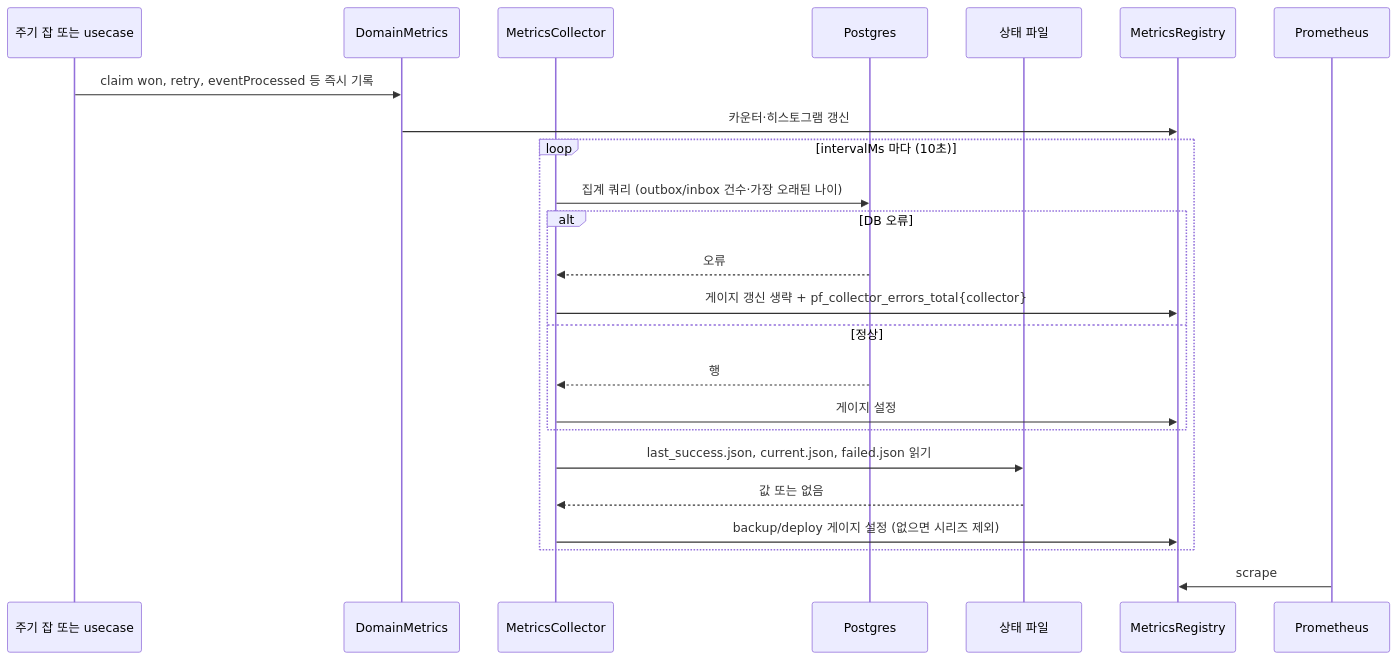
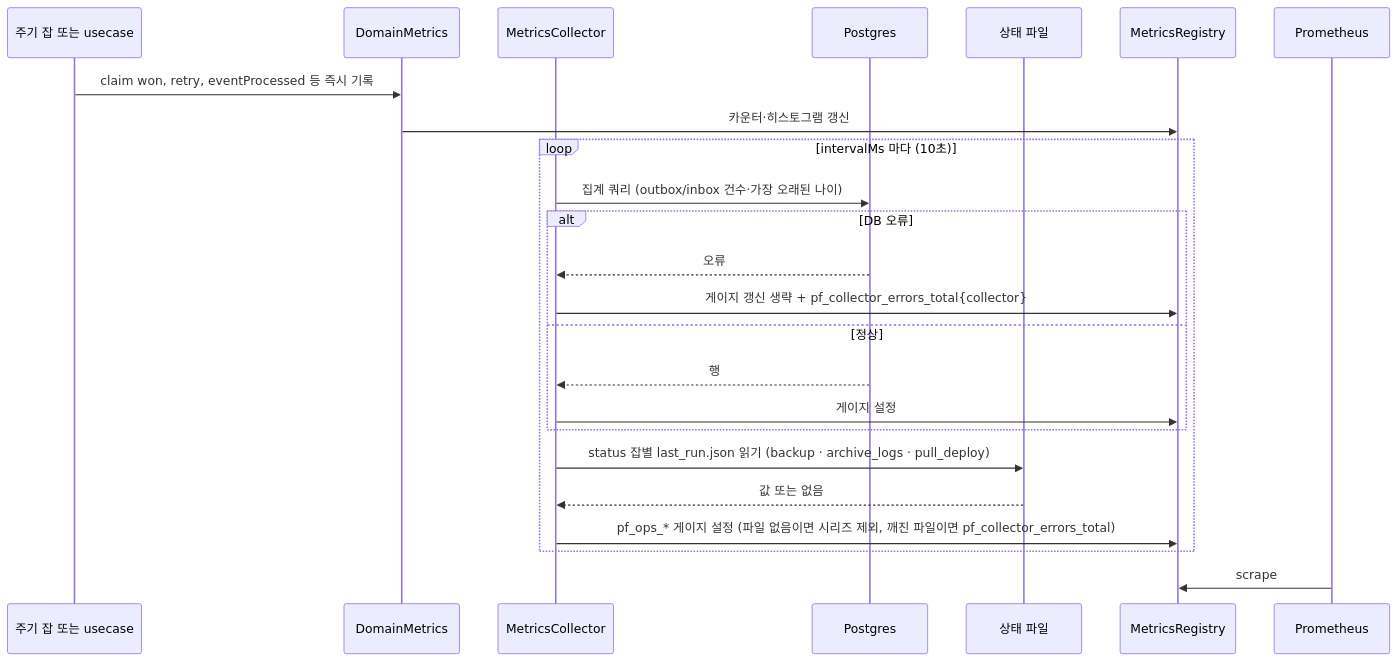
Before and after one commit to 1985jwlee/portpolio_backend: the seventh of 42 diagrams in docs/design/features/17-ops-observability.md, drawn with Mermaid. The commit also changed other lines of this file and 18 other files, not shown here.

````diff
--- a/docs/design/features/17-ops-observability.md
+++ b/docs/design/features/17-ops-observability.md
@@ -495,26 +503,26 @@
 ```mermaid
 sequenceDiagram
     participant J as 주기 잡 또는 usecase
     participant DM as DomainMetrics
     participant C as MetricsCollector
     participant DB as Postgres
     participant F as 상태 파일
     participant R as MetricsRegistry
     participant P as Prometheus
     J->>DM: claim won, retry, eventProcessed 등 즉시 기록
     DM->>R: 카운터·히스토그램 갱신
     loop intervalMs 마다 (10초)
         C->>DB: 집계 쿼리 (outbox/inbox 건수·가장 오래된 나이)
         alt DB 오류
             DB-->>C: 오류
             C->>R: 게이지 갱신 생략 + pf_collector_errors_total{collector}
         else 정상
             DB-->>C: 행
             C->>R: 게이지 설정
         end
-        C->>F: last_success.json, current.json, failed.json 읽기
+        C->>F: status 잡별 last_run.json 읽기 (backup · archive_logs · pull_deploy)
         F-->>C: 값 또는 없음
-        C->>R: backup/deploy 게이지 설정 (없으면 시리즈 제외)
+        C->>R: pf_ops_* 게이지 설정 (파일 없음이면 시리즈 제외, 깨진 파일이면 pf_collector_errors_total)
     end
     P->>R: scrape
 ```
````
